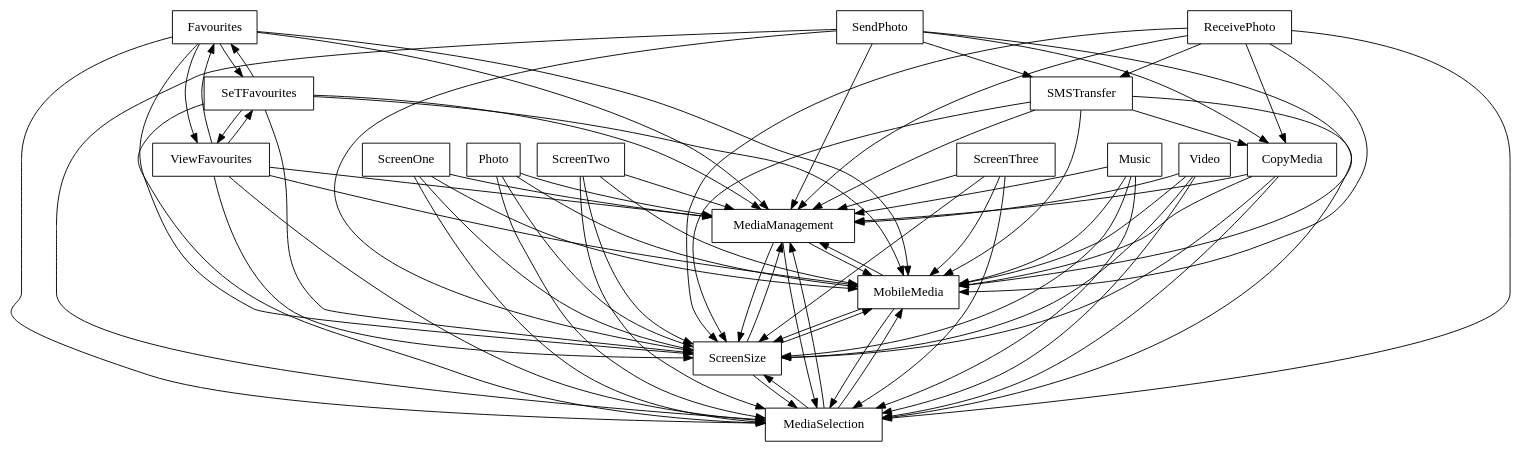
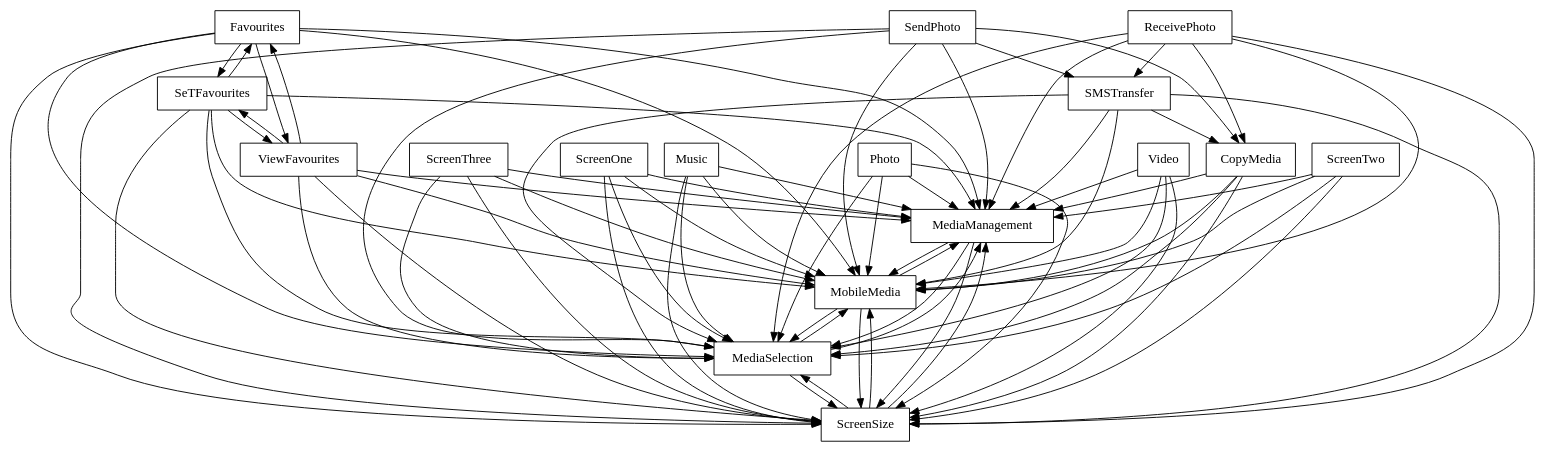
Before and after one commit to FAMILIAR-project/familiar-language: the diagram in FAMILIAR/output/SPLOT-big/fm_184_model_20120806_904481092.xml.dot, drawn with Graphviz. The commit also changed 36 other files, not shown here.

```diff
--- a/FAMILIAR/output/SPLOT-big/fm_184_model_20120806_904481092.xml.dot
+++ b/FAMILIAR/output/SPLOT-big/fm_184_model_20120806_904481092.xml.dot
@@ -1,97 +1,97 @@
 digraph{
 graph [rankdir=TB];
 node [shape=box];
 edge [arrowhead=normal];
-0[label="ScreenThree",]
-1[label="SendPhoto",]
-2[label="ScreenOne",]
-3[label="Photo",]
-4[label="ScreenTwo",]
-5[label="SMSTransfer",]
-6[label="MediaManagement",]
-7[label="Favourites",]
-8[label="MobileMedia",]
-9[label="MediaSelection",]
-10[label="ScreenSize",]
-11[label="Music",]
-12[label="ReceivePhoto",]
-13[label="SeTFavourites",]
-14[label="CopyMedia",]
-15[label="Video",]
+0[label="SMSTransfer",]
+1[label="MediaManagement",]
+2[label="Favourites",]
+3[label="ScreenThree",]
+4[label="MobileMedia",]
+5[label="Music",]
+6[label="ScreenSize",]
+7[label="SendPhoto",]
+8[label="MediaSelection",]
+9[label="ScreenOne",]
+10[label="ReceivePhoto",]
+11[label="SeTFavourites",]
+12[label="Photo",]
+13[label="CopyMedia",]
+14[label="Video",]
+15[label="ScreenTwo",]
 16[label="ViewFavourites",]
+0->1[label="",]
+0->4[label="",]
 0->6[label="",]
 0->8[label="",]
-0->9[label="",]
-0->10[label="",]
-1->5[label="",]
+0->13[label="",]
+1->4[label="",]
 1->6[label="",]
 1->8[label="",]
-1->9[label="",]
-1->10[label="",]
-1->14[label="",]
+2->1[label="",]
+2->4[label="",]
 2->6[label="",]
 2->8[label="",]
-2->9[label="",]
-2->10[label="",]
+2->11[label="",]
+2->16[label="",]
+3->1[label="",]
+3->4[label="",]
 3->6[label="",]
 3->8[label="",]
-3->9[label="",]
-3->10[label="",]
+4->1[label="",]
 4->6[label="",]
 4->8[label="",]
-4->9[label="",]
-4->10[label="",]
+5->1[label="",]
+5->4[label="",]
 5->6[label="",]
 5->8[label="",]
-5->9[label="",]
-5->10[label="",]
-5->14[label="",]
+6->1[label="",]
+6->4[label="",]
 6->8[label="",]
-6->9[label="",]
-6->10[label="",]
+7->0[label="",]
+7->1[label="",]
+7->4[label="",]
 7->6[label="",]
 7->8[label="",]
-7->9[label="",]
-7->10[label="",]
 7->13[label="",]
-7->16[label="",]
+8->1[label="",]
+8->4[label="",]
 8->6[label="",]
-8->9[label="",]
-8->10[label="",]
+9->1[label="",]
+9->4[label="",]
 9->6[label="",]
 9->8[label="",]
-9->10[label="",]
+10->0[label="",]
+10->1[label="",]
+10->4[label="",]
 10->6[label="",]
 10->8[label="",]
-10->9[label="",]
+10->13[label="",]
+11->1[label="",]
+11->2[label="",]
+11->4[label="",]
 11->6[label="",]
 11->8[label="",]
-11->9[label="",]
-11->10[label="",]
-12->5[label="",]
+11->16[label="",]
+12->1[label="",]
+12->4[label="",]
 12->6[label="",]
 12->8[label="",]
-12->9[label="",]
-12->10[label="",]
-12->14[label="",]
+13->1[label="",]
+13->4[label="",]
 13->6[label="",]
-13->7[label="",]
 13->8[label="",]
-13->9[label="",]
-13->10[label="",]
-13->16[label="",]
+14->1[label="",]
+14->4[label="",]
 14->6[label="",]
 14->8[label="",]
-14->9[label="",]
-14->10[label="",]
+15->1[label="",]
+15->4[label="",]
 15->6[label="",]
 15->8[label="",]
-15->9[label="",]
-15->10[label="",]
+16->1[label="",]
+16->2[label="",]
+16->4[label="",]
 16->6[label="",]
-16->7[label="",]
 16->8[label="",]
-16->9[label="",]
-16->10[label="",]
-16->13[label="",]
+16->11[label="",]
 }
```
